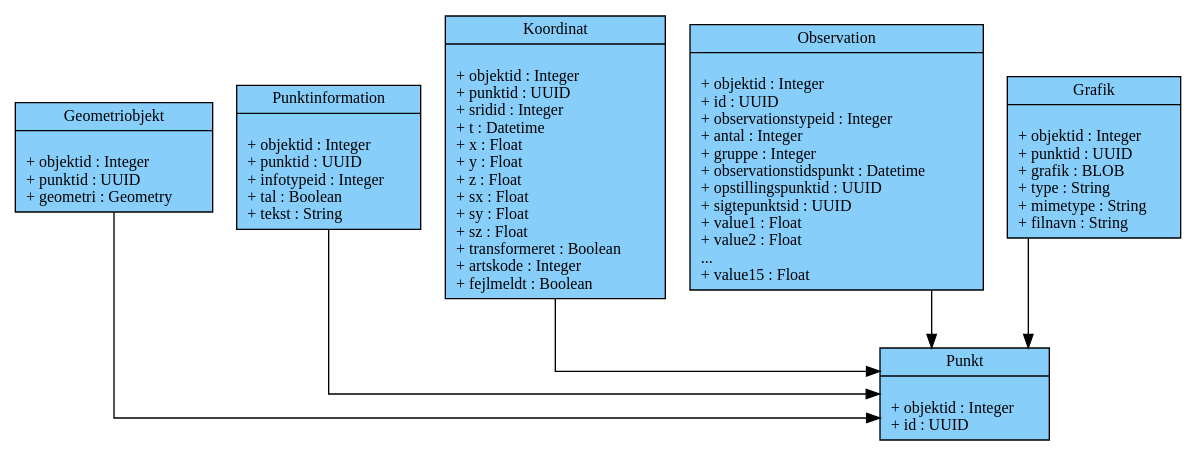
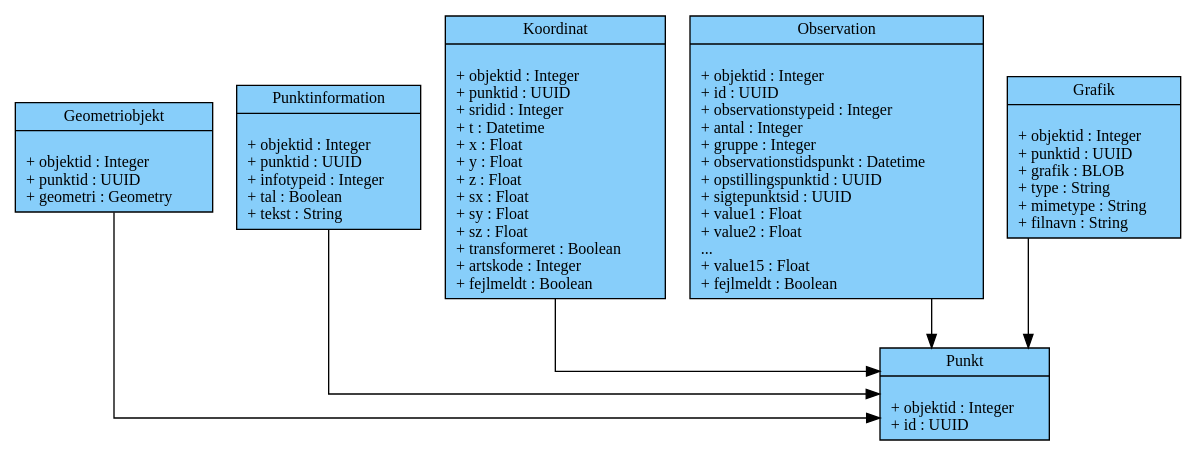
One commit to SDFIdk/FIRE changed the second of 6 diagrams in docs/datamodel.rst. Above: the diagram before and after it, drawn with Graphviz. The commit also changed 8 other files, not shown here.

```diff
--- a/docs/datamodel.rst
+++ b/docs/datamodel.rst
@@ -152,6 +152,7 @@
                     + value2 : Float\l
                     ...\l
                     + value15 : Float\l
+                    + fejlmeldt : Boolean\l
             }"
             fillcolor = lightskyblue
             style = filled
```
